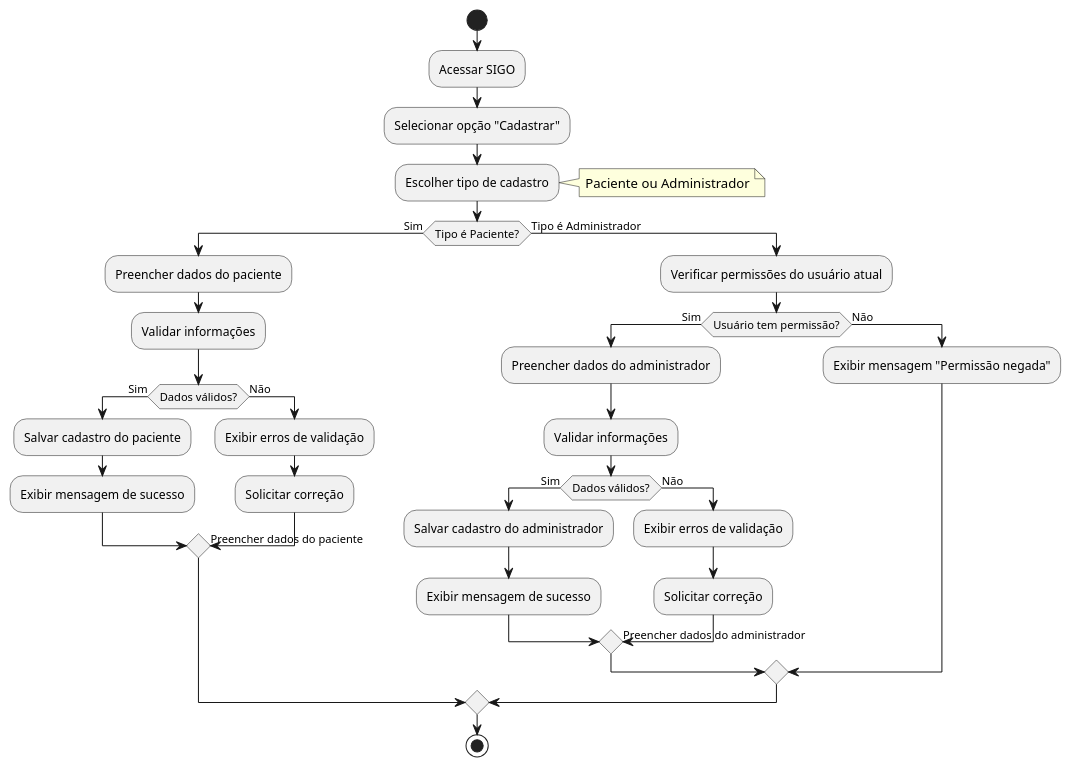
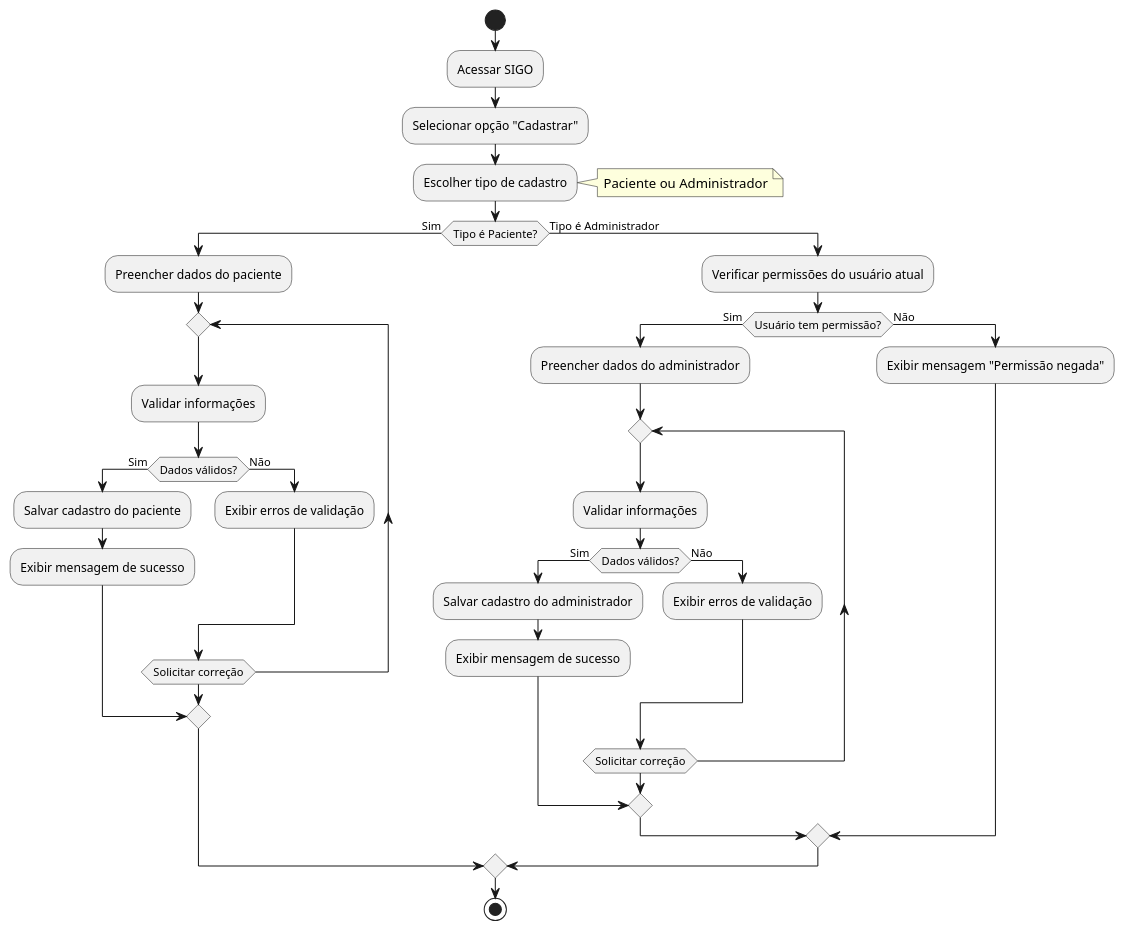
Before and after one commit to HugoWatzl/SIGO: the diagram in Diagramas/Atividades/Cadastrar.plantuml, drawn with PlantUML. The commit also changed 4 other files, not shown here.

```diff
--- a/Diagramas/Atividades/Cadastrar.plantuml
+++ b/Diagramas/Atividades/Cadastrar.plantuml
@@ -1,46 +1,46 @@
 @startuml
 start
 
 :Acessar SIGO;
 :Selecionar opção "Cadastrar";
 
 :Escolher tipo de cadastro;
 note right
 Paciente ou Administrador
 end note
 
 if (Tipo é Paciente?) then (Sim)
-    :Preencher dados do paciente;
-    :Validar informações;
-    
-    if (Dados válidos?) then (Sim)
-        :Salvar cadastro do paciente;
-        :Exibir mensagem de sucesso;
-    else (Não)
-        :Exibir erros de validação;
-        :Solicitar correção;
-        -> Preencher dados do paciente;
-    endif
+        :Preencher dados do paciente;
+    repeat
+        :Validar informações;
+        if (Dados válidos?) then (Sim)
+            :Salvar cadastro do paciente;
+            :Exibir mensagem de sucesso;
+            break
+        else (Não)
+            :Exibir erros de validação;
+        endif
+    repeat while (Solicitar correção)
 
 else (Tipo é Administrador)
     :Verificar permissões do usuário atual;
     if (Usuário tem permissão?) then (Sim)
-        :Preencher dados do administrador;
-        :Validar informações;
-        
-        if (Dados válidos?) then (Sim)
-            :Salvar cadastro do administrador;
-            :Exibir mensagem de sucesso;
-        else (Não)
-            :Exibir erros de validação;
-            :Solicitar correção;
-            -> Preencher dados do administrador;
-        endif
+            :Preencher dados do administrador;
+        repeat
+            :Validar informações;
+            if (Dados válidos?) then (Sim)
+                :Salvar cadastro do administrador;
+                :Exibir mensagem de sucesso;
+                break
+            else (Não)
+                :Exibir erros de validação;
+            endif
+        repeat while (Solicitar correção)
 
     else (Não)
         :Exibir mensagem "Permissão negada";
     endif
 endif
 
 stop
 @enduml
```
